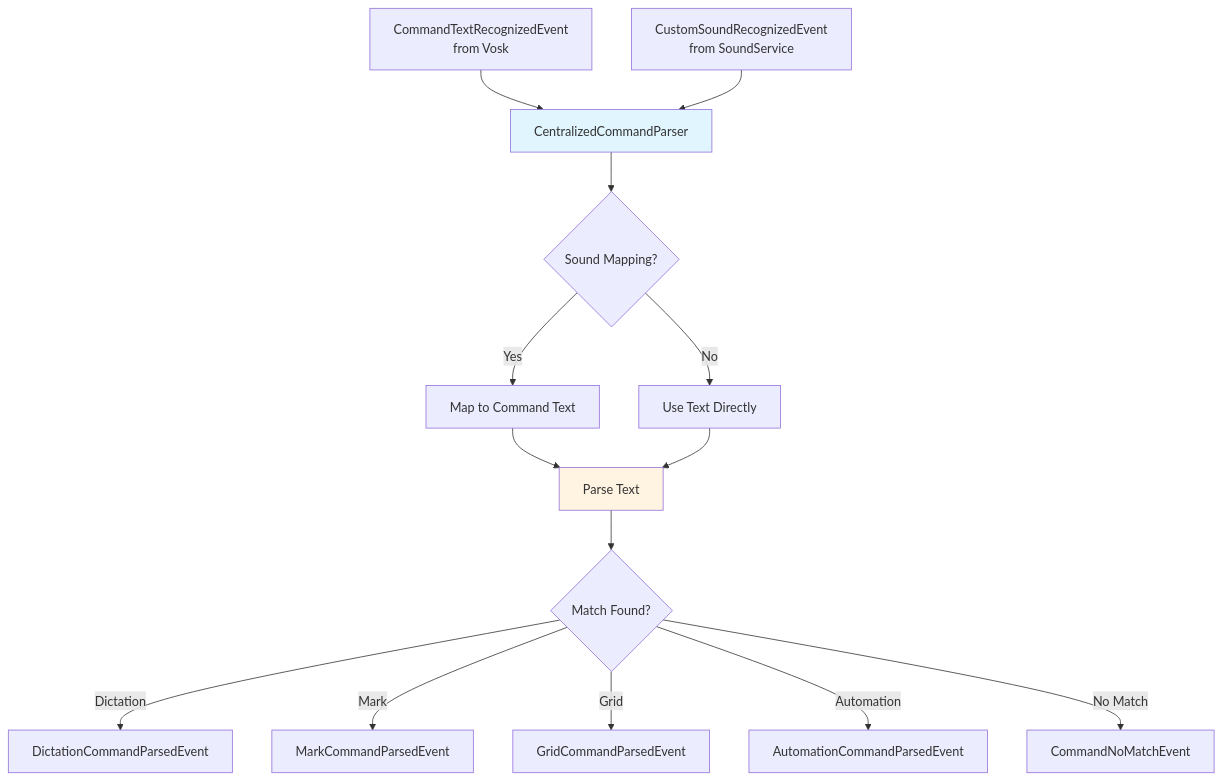
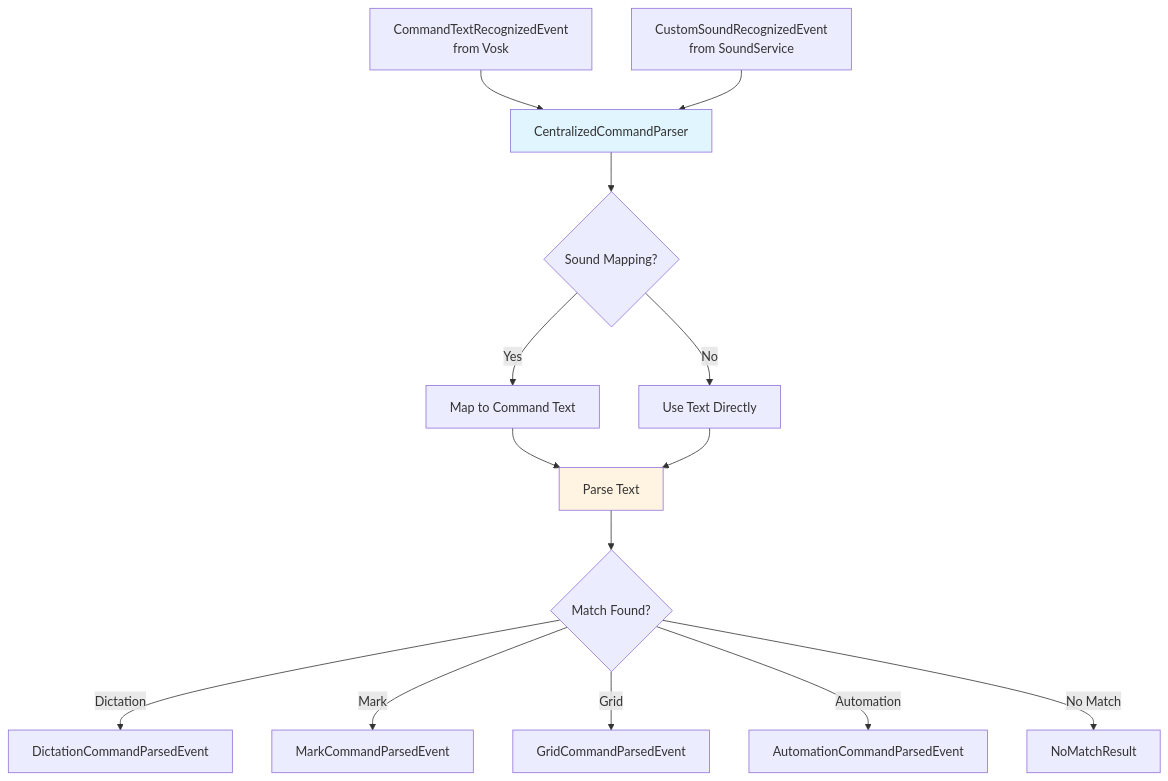
The first of 3 diagrams in docs/developer/command_parsing.rst (rick12000/vocalance), drawn with Mermaid before and after one commit. The commit also changed other lines of this file and 33 other files, not shown here.

```diff
--- a/docs/developer/command_parsing.rst
+++ b/docs/developer/command_parsing.rst
@@ -11,22 +11,22 @@
 .. mermaid::
 
    flowchart TD
        A[CommandTextRecognizedEvent<br/>from Vosk] --> B[CentralizedCommandParser]
        C[CustomSoundRecognizedEvent<br/>from SoundService] --> B
 
        B --> E{Sound Mapping?}
        E -->|Yes| F[Map to Command Text]
        E -->|No| G[Use Text Directly]
 
        F --> H[Parse Text]
        G --> H
 
        H --> I{Match Found?}
        I -->|Dictation| J[DictationCommandParsedEvent]
        I -->|Mark| K[MarkCommandParsedEvent]
        I -->|Grid| L[GridCommandParsedEvent]
        I -->|Automation| M[AutomationCommandParsedEvent]
-       I -->|No Match| N[CommandNoMatchEvent]
+       I -->|No Match| N[NoMatchResult]
 
        style B fill:#e1f5ff
        style H fill:#fff4e1
```
